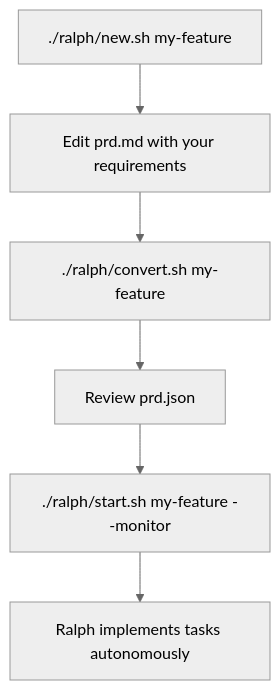
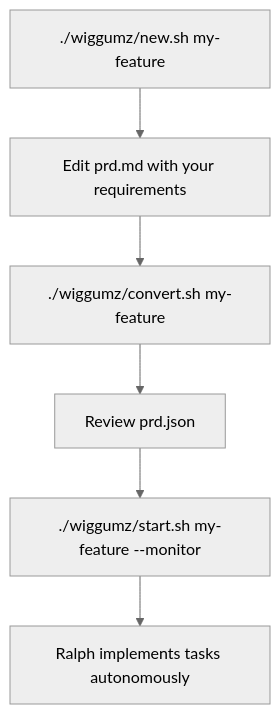
Before and after one commit to mjtechguy/wiggumz: the first of 3 diagrams in README.md, drawn with Mermaid (neutral theme). The commit also changed other lines of this file and 2 other files, not shown here.

First line of the commit message:
feat: rename to Wiggumz

````diff
--- a/README.md
+++ b/README.md
@@ -23,8 +23,8 @@
 ```mermaid
 flowchart TD
-    A[./ralph/new.sh my-feature] --> B[Edit prd.md with your requirements]
-    B --> C[./ralph/convert.sh my-feature]
+    A[./wiggumz/new.sh my-feature] --> B[Edit prd.md with your requirements]
+    B --> C[./wiggumz/convert.sh my-feature]
     C --> D[Review prd.json]
-    D --> E[./ralph/start.sh my-feature --monitor]
+    D --> E[./wiggumz/start.sh my-feature --monitor]
     E --> F[Ralph implements tasks autonomously]
 ```
````
